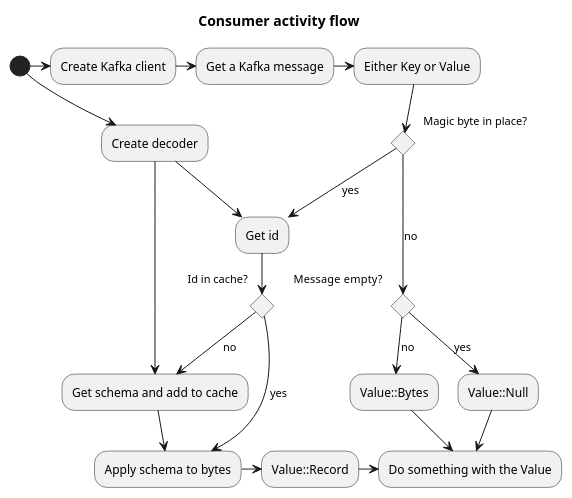
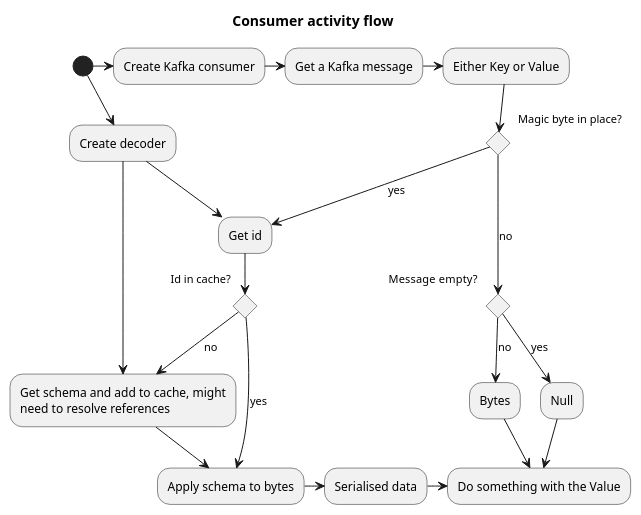
One commit to gklijs/schema_registry_converter changed the diagram in uml/consumer.puml. Above: the diagram before and after it, drawn with PlantUML. The commit also changed 6 other files, not shown here.

```diff
--- a/uml/consumer.puml
+++ b/uml/consumer.puml
@@ -1,32 +1,32 @@
 @startuml
 title Consumer activity flow
 
 (*) -> "Create decoder"
-(*) -> "Create Kafka client"
-"Create Kafka client" -> "Get a Kafka message"
+(*) -> "Create Kafka consumer"
+"Create Kafka consumer" -> "Get a Kafka message"
 "Get a Kafka message" -> "Either Key or Value"
 
 if "Magic byte in place?" then
   -->[yes] "Get id"
   if "Id in cache?" then
   -> [yes] "Apply schema to bytes"
   else
-  --> [no] "Get schema and add to cache"
-  "Get schema and add to cache" --> "Apply schema to bytes"
+  --> [no] "Get schema and add to cache, might\nneed to resolve references"
+  "Get schema and add to cache, might\nneed to resolve references" --> "Apply schema to bytes"
   endif
 else
   -->[no] if "Message  empty?" then
-    --> [yes] "Value::Null"
+    --> [yes] "Null"
   else
-    -->[no] "Value::Bytes"
+    -->[no] "Bytes"
   endif
 endif
 
-"Create decoder" --> "Get schema and add to cache"
+"Create decoder" --> "Get schema and add to cache, might\nneed to resolve references"
 "Create decoder" --> "Get id"
 
-"Apply schema to bytes" -> "Value::Record"
-"Value::Record" -> "Do something with the Value"
-"Value::Bytes" --> "Do something with the Value"
-"Value::Null" --> "Do something with the Value"
+"Apply schema to bytes" -> "Serialised data"
+"Serialised data" -> "Do something with the Value"
+"Bytes" --> "Do something with the Value"
+"Null" --> "Do something with the Value"
 @enduml
```
